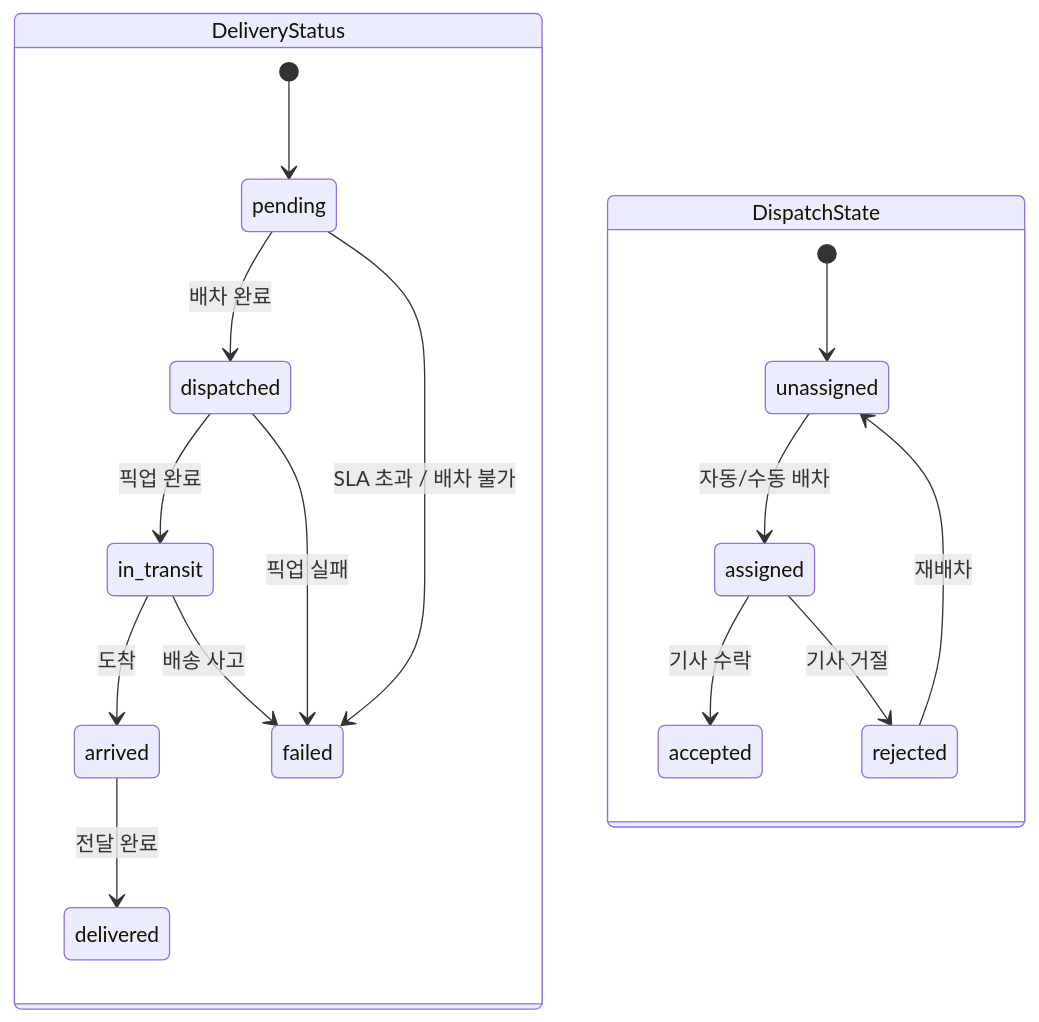
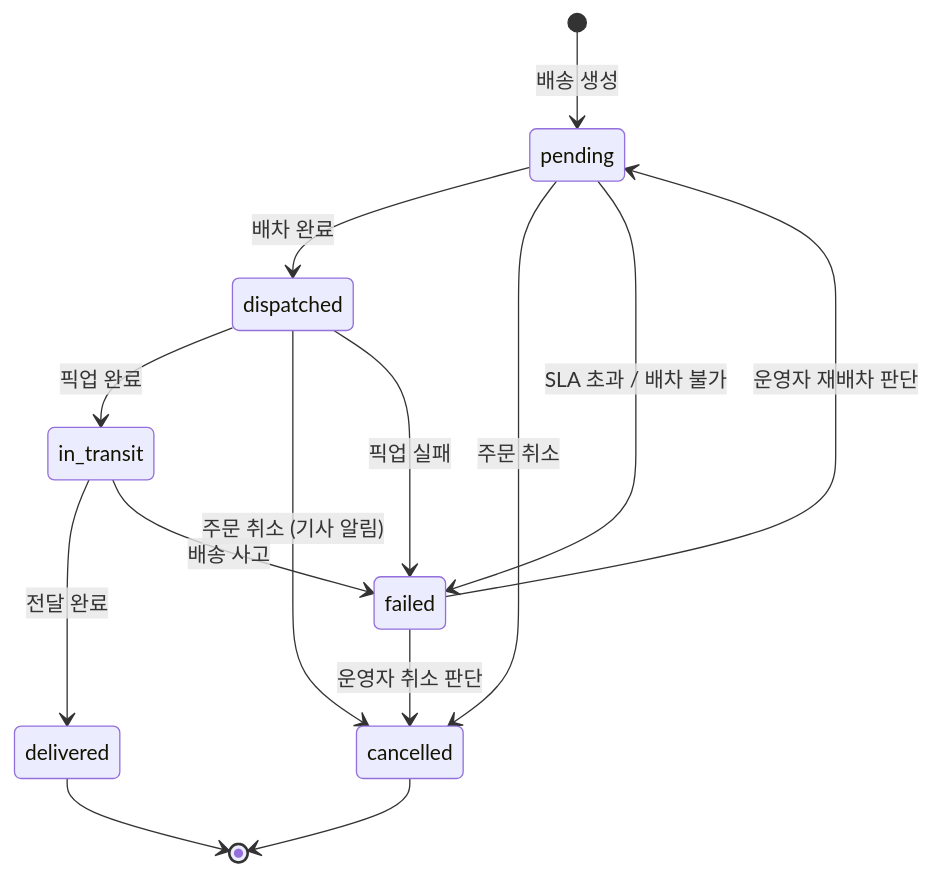
The first of 2 diagrams in docs/01-prd/07-delivery/01-overview.md (p-iknow/fullstack-forge), drawn with Mermaid before and after one commit. The commit also changed other lines of this file and 61 other files, not shown here.

````diff
--- a/docs/01-prd/07-delivery/01-overview.md
+++ b/docs/01-prd/07-delivery/01-overview.md
@@ -33,21 +41,16 @@
 ```mermaid
 stateDiagram-v2
-  state "DeliveryStatus" as DS {
-    [*] --> pending
+    [*] --> pending : 배송 생성
     pending --> dispatched : 배차 완료
+    pending --> cancelled : 주문 취소
+    pending --> failed : SLA 초과 / 배차 불가
     dispatched --> in_transit : 픽업 완료
-    in_transit --> arrived : 도착
-    arrived --> delivered : 전달 완료
-    pending --> failed : SLA 초과 / 배차 불가
+    dispatched --> cancelled : 주문 취소 (기사 알림)
     dispatched --> failed : 픽업 실패
+    in_transit --> delivered : 전달 완료
     in_transit --> failed : 배송 사고
-  }
-
-  state "DispatchState" as DState {
-    [*] --> unassigned
-    unassigned --> assigned : 자동/수동 배차
-    assigned --> accepted : 기사 수락
-    assigned --> rejected : 기사 거절
-    rejected --> unassigned : 재배차
-  }
+    failed --> pending : 운영자 재배차 판단
+    failed --> cancelled : 운영자 취소 판단
+    delivered --> [*]
+    cancelled --> [*]
 ```
````
